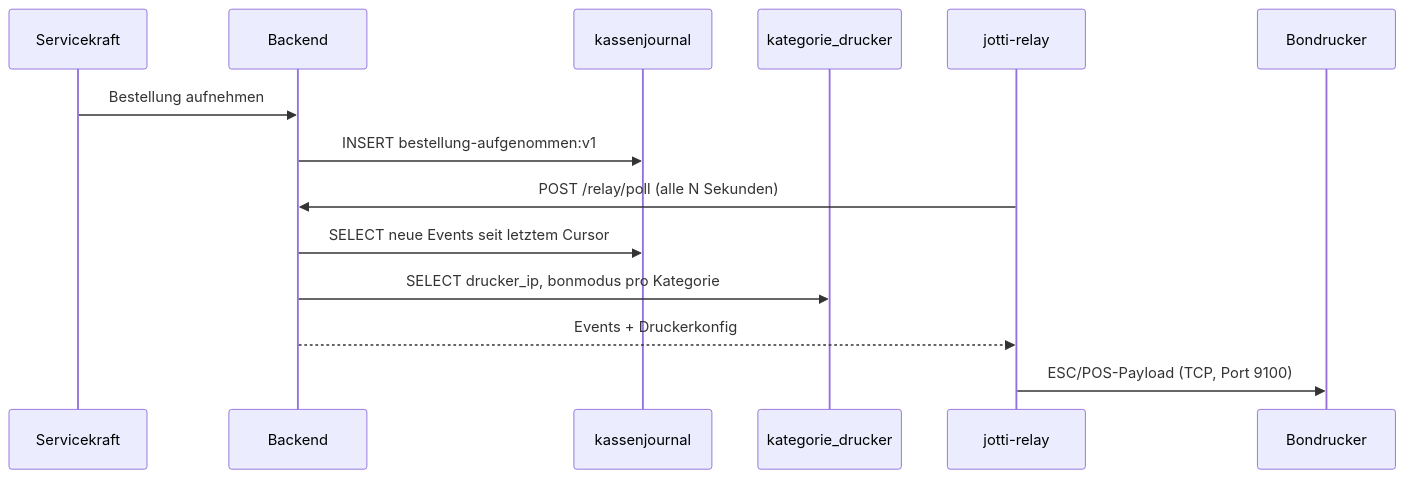
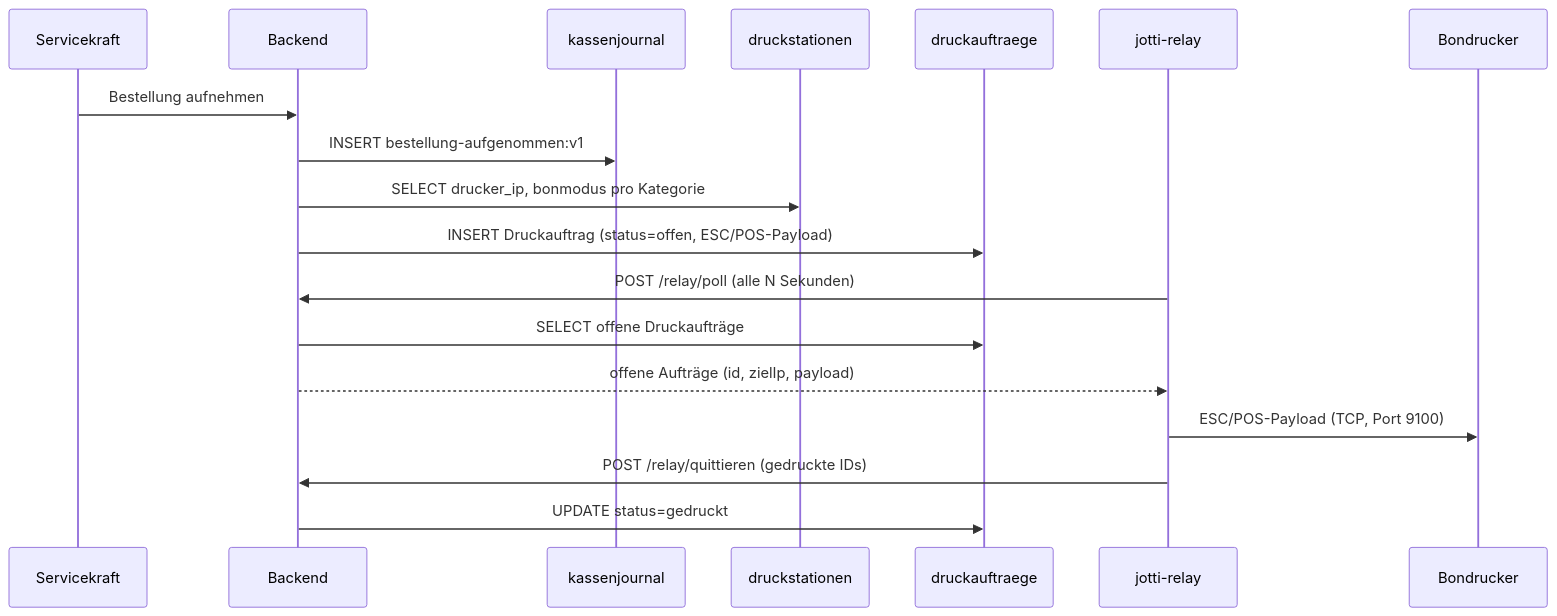
The third of 11 diagrams in docs/datenbankschema.md (nicograef/jotti), drawn with Mermaid before and after one commit. The commit also changed other lines of this file and 3 other files, not shown here.

````diff
--- a/docs/datenbankschema.md
+++ b/docs/datenbankschema.md
@@ -275,17 +280,21 @@
 ```mermaid
 sequenceDiagram
     participant S as Servicekraft
     participant BE as Backend
     participant KJ as kassenjournal
-    participant KD as kategorie_drucker
+    participant DS as druckstationen
+    participant DA as druckauftraege
     participant R as jotti-relay
     participant D as Bondrucker
 
     S->>BE: Bestellung aufnehmen
     BE->>KJ: INSERT bestellung-aufgenommen:v1
+    BE->>DS: SELECT drucker_ip, bonmodus pro Kategorie
+    BE->>DA: INSERT Druckauftrag (status=offen, ESC/POS-Payload)
     R->>BE: POST /relay/poll (alle N Sekunden)
-    BE->>KJ: SELECT neue Events seit letztem Cursor
-    BE->>KD: SELECT drucker_ip, bonmodus pro Kategorie
-    BE-->>R: Events + Druckerkonfig
+    BE->>DA: SELECT offene Druckaufträge
+    BE-->>R: offene Aufträge (id, zielIp, payload)
     R->>D: ESC/POS-Payload (TCP, Port 9100)
+    R->>BE: POST /relay/quittieren (gedruckte IDs)
+    BE->>DA: UPDATE status=gedruckt
 ```
````
